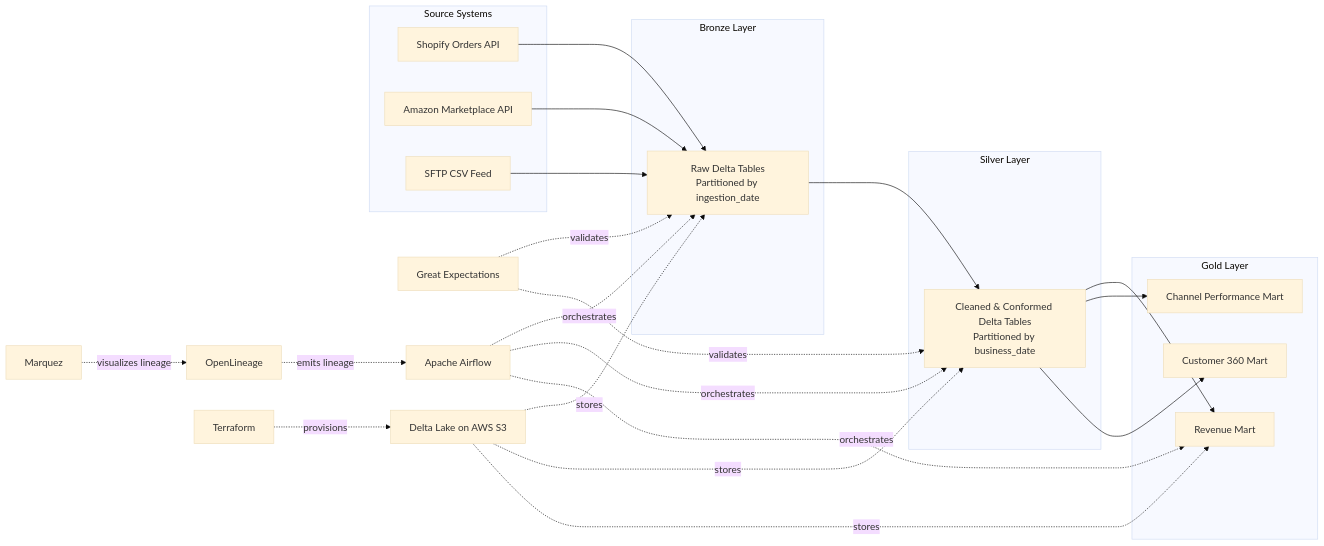
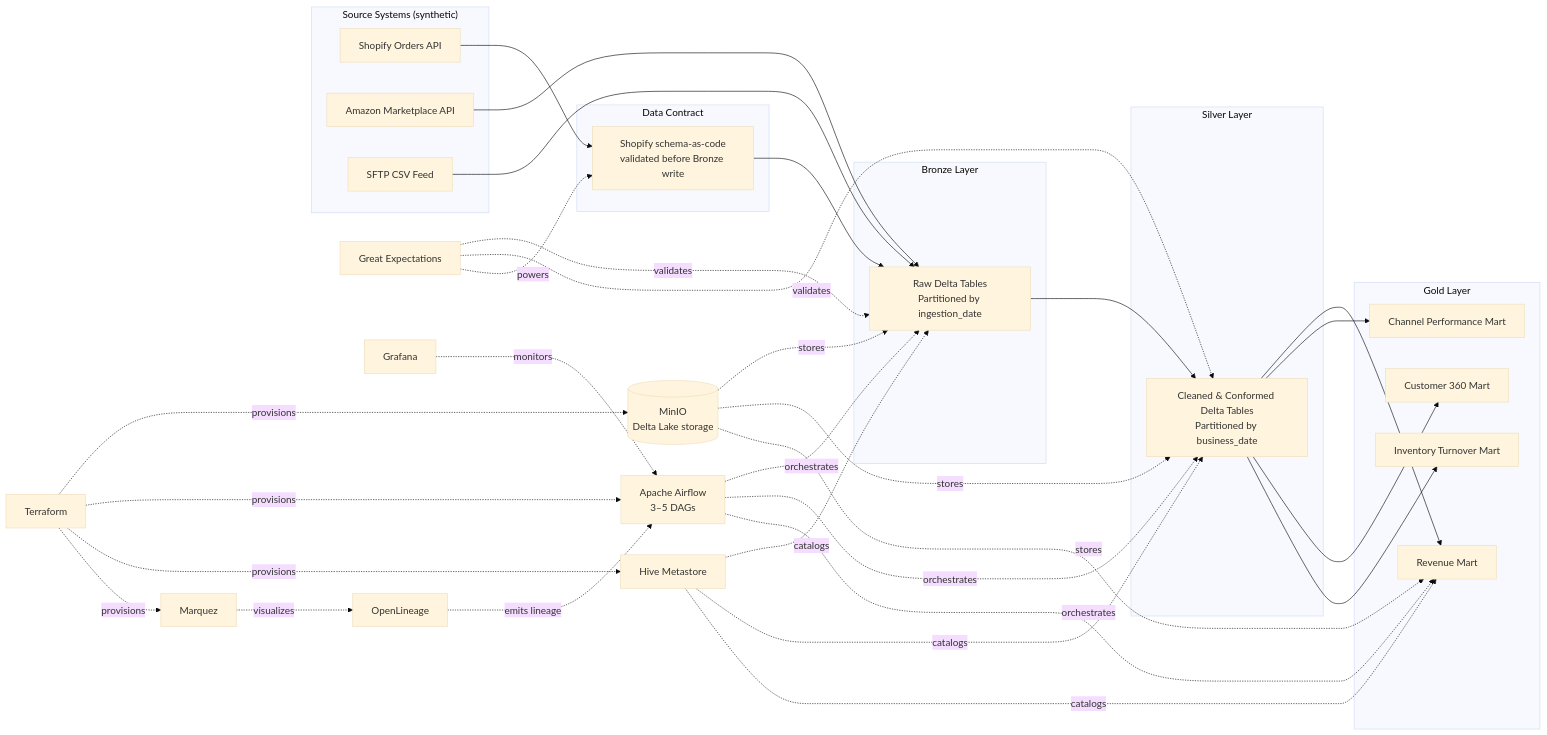
One commit to AKrishnaK05/unified-commerce-lakehouse changed the diagram in design_doc.md. Above: the diagram before and after it, drawn with Mermaid (base theme). The commit also changed other lines of this file, not shown here.

````diff
--- a/design_doc.md
+++ b/design_doc.md
@@ -132,49 +101,64 @@
 ```mermaid
 flowchart LR
 
-    subgraph SRC["Source Systems"]
+    subgraph SRC["Source Systems (synthetic)"]
         S1[Shopify Orders API]
         S2[Amazon Marketplace API]
         S3[SFTP CSV Feed]
+    end
+
+    subgraph CONTRACT["Data Contract"]
+        DC["Shopify schema-as-code<br/>validated before Bronze write"]
     end
 
     subgraph BRONZE["Bronze Layer"]
         B1["Raw Delta Tables<br/>Partitioned by ingestion_date"]
     end
 
     subgraph SILVER["Silver Layer"]
         SV["Cleaned & Conformed Delta Tables<br/>Partitioned by business_date"]
     end
 
     subgraph GOLD["Gold Layer"]
         G1[Revenue Mart]
         G2[Channel Performance Mart]
         G3[Customer 360 Mart]
+        G4[Inventory Turnover Mart]
     end
 
-    S1 --> B1
+    S1 --> DC --> B1
     S2 --> B1
     S3 --> B1
 
     B1 --> SV
-
     SV --> G1
     SV --> G2
     SV --> G3
+    SV --> G4
 
-    AF["Apache Airflow"] -.orchestrates.-> B1
+    AF["Apache Airflow<br/>3–5 DAGs"] -.orchestrates.-> B1
     AF -.orchestrates.-> SV
     AF -.orchestrates.-> G1
 
     GE["Great Expectations"] -.validates.-> B1
     GE -.validates.-> SV
+    GE -.powers.-> DC
 
-    DL["Delta Lake on AWS S3"] -.stores.-> B1
-    DL -.stores.-> SV
-    DL -.stores.-> G1
+    MINIO[("MinIO<br/>Delta Lake storage")] -.stores.-> B1
+    MINIO -.stores.-> SV
+    MINIO -.stores.-> G1
+
+    HMS["Hive Metastore"] -.catalogs.-> B1
+    HMS -.catalogs.-> SV
+    HMS -.catalogs.-> G1
 
     OL["OpenLineage"] -.emits lineage.-> AF
-    MQ["Marquez"] -.visualizes lineage.-> OL
+    MQ["Marquez"] -.visualizes.-> OL
 
-    TF["Terraform"] -.provisions.-> DL
+    GF["Grafana"] -.monitors.-> AF
+
+    TF["Terraform"] -.provisions.-> MINIO
+    TF -.provisions.-> AF
+    TF -.provisions.-> HMS
+    TF -.provisions.-> MQ
 ```
````
